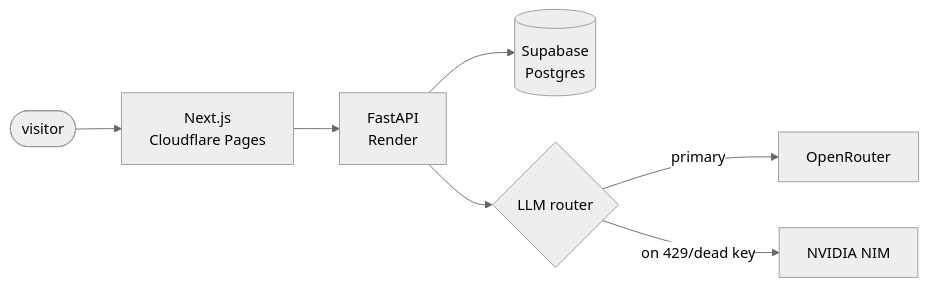
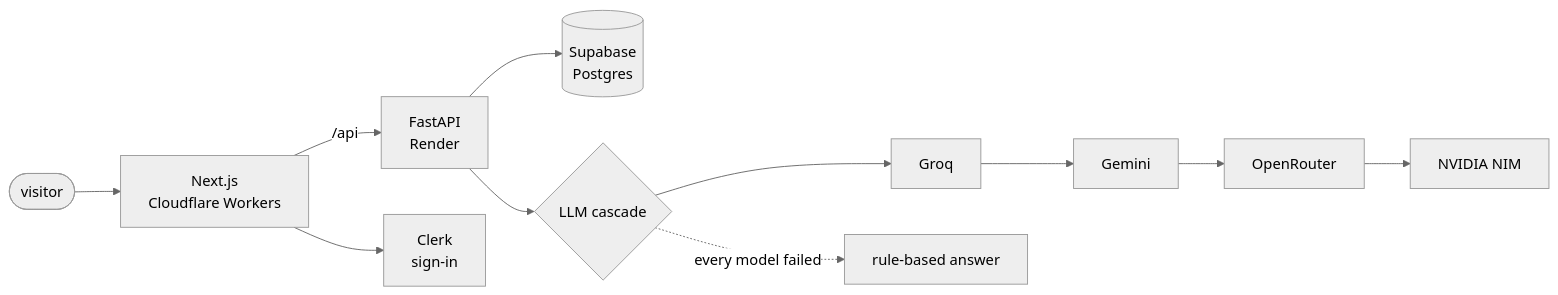
Before and after one commit to anki1kr/anki1kr: the second of 2 diagrams in README.md, drawn with Mermaid (neutral theme). The commit also changed other lines of this file and 3 other files, not shown here.

````diff
--- a/README.md
+++ b/README.md
@@ -56,9 +60,10 @@
 ```mermaid
 flowchart LR
-    U([visitor]) --> FE[Next.js<br/>Cloudflare Pages]
-    FE --> API[FastAPI<br/>Render]
+    U([visitor]) --> FE[Next.js<br/>Cloudflare Workers]
+    FE -->|/api| API[FastAPI<br/>Render]
+    FE --> C[Clerk<br/>sign-in]
     API --> DB[(Supabase<br/>Postgres)]
-    API --> R{LLM router}
-    R -->|primary| P1[OpenRouter]
-    R -->|on 429/dead key| P2[NVIDIA NIM]
+    API --> R{LLM cascade}
+    R --> G[Groq] --> GE[Gemini] --> O[OpenRouter] --> N[NVIDIA NIM]
+    R -.->|every model failed| RB[rule-based answer]
 ```
````
